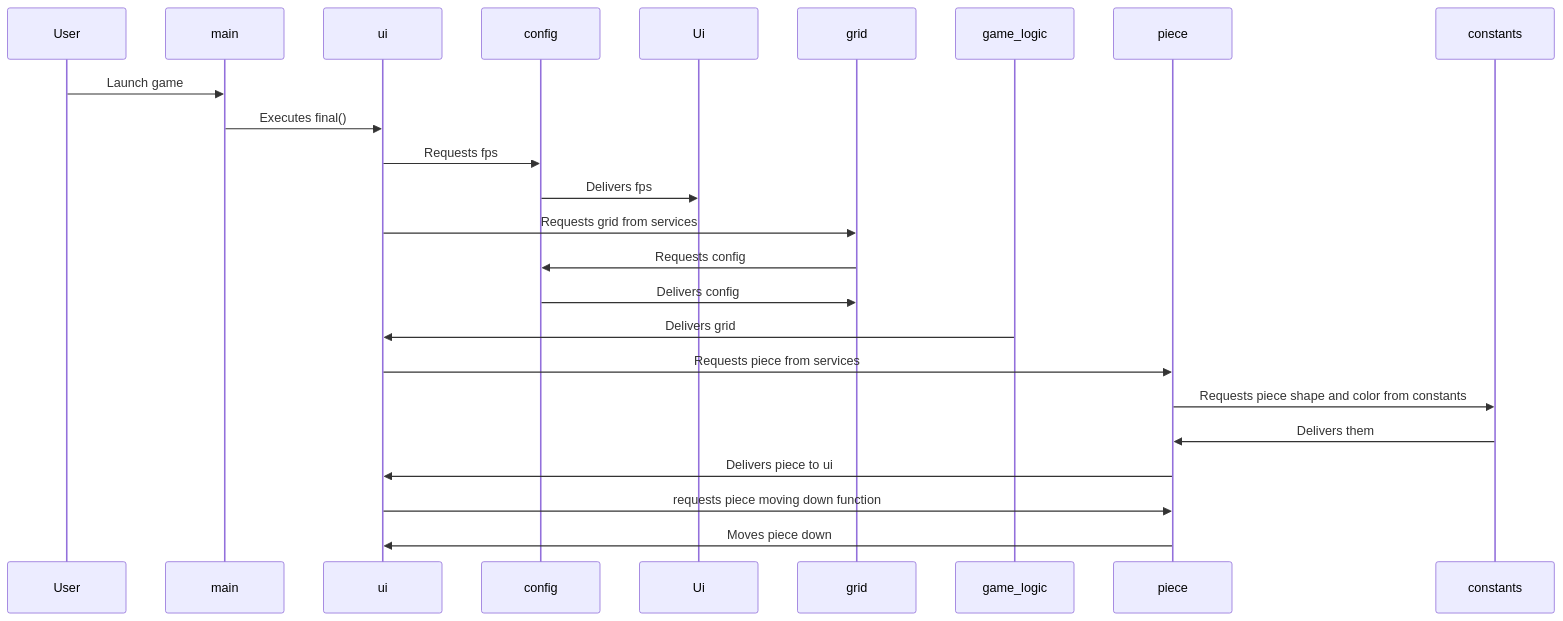
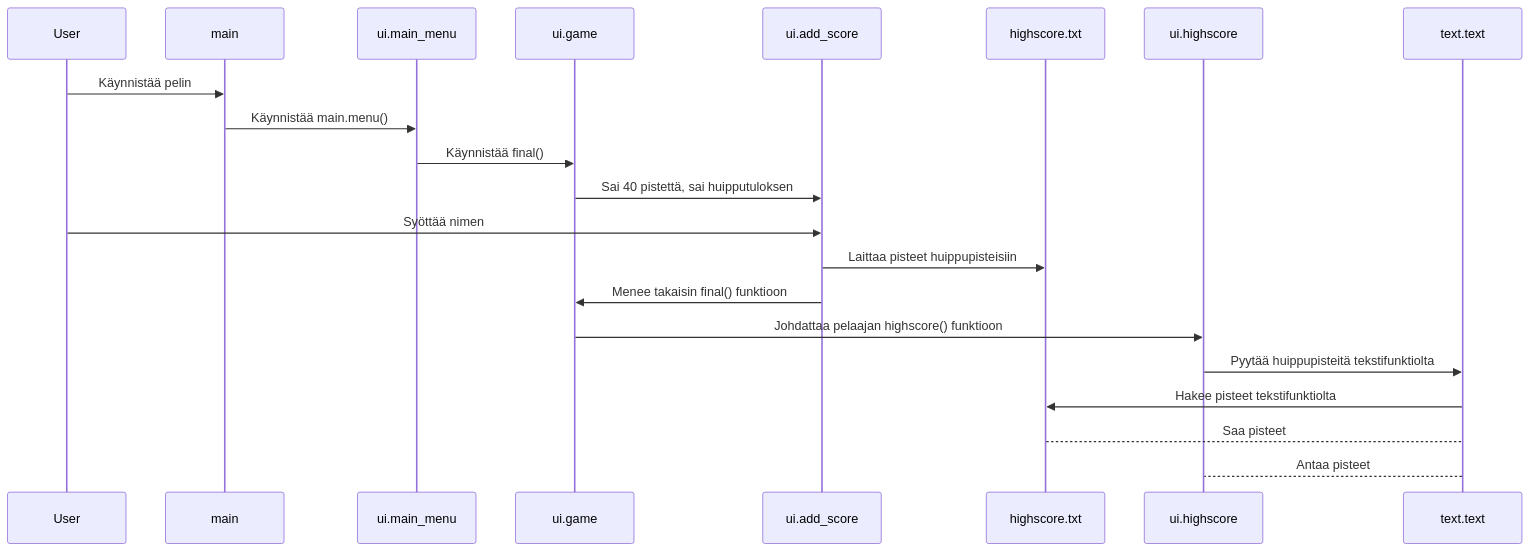
The second of 2 diagrams in dokumentaatio/arkkitehtuuri.md (mseppi/ot-harjoitustyo), drawn with Mermaid before and after one commit. The commit also changed other lines of this file, not shown here.

````diff
--- a/dokumentaatio/arkkitehtuuri.md
+++ b/dokumentaatio/arkkitehtuuri.md
@@ -31,17 +60,15 @@
 ```mermaid
 sequenceDiagram
-User->>main: Launch game
-main->>ui: Executes final()
-ui->>config: Requests fps
-config->>Ui: Delivers fps
-ui->>grid: Requests grid from services
-grid->>config: Requests config
-config->>grid:Delivers config
-game_logic->>ui:Delivers grid
-ui->>piece: Requests piece from services
-piece->>constants: Requests piece shape and color from constants
-constants->>piece: Delivers them
-piece->>ui: Delivers piece to ui
-ui->>piece: requests piece moving down function
-piece->>ui: Moves piece down
+User->>main: Käynnistää pelin
+main->>ui.main_menu: Käynnistää main.menu()
+ui.main_menu->>ui.game: Käynnistää final()
+ui.game->>ui.add_score: Sai 40 pistettä, sai huipputuloksen
+User->>ui.add_score: Syöttää nimen
+ui.add_score->>highscore.txt: Laittaa pisteet huippupisteisiin
+ui.add_score->>ui.game: Menee takaisin final() funktioon
+ui.game->>ui.highscore: Johdattaa pelaajan highscore() funktioon
+ui.highscore->>text.text: Pyytää huippupisteitä tekstifunktiolta
+text.text->>highscore.txt: Hakee pisteet tekstifunktiolta
+highscore.txt-->text.text: Saa pisteet
+text.text-->ui.highscore: Antaa pisteet
 ```
````
